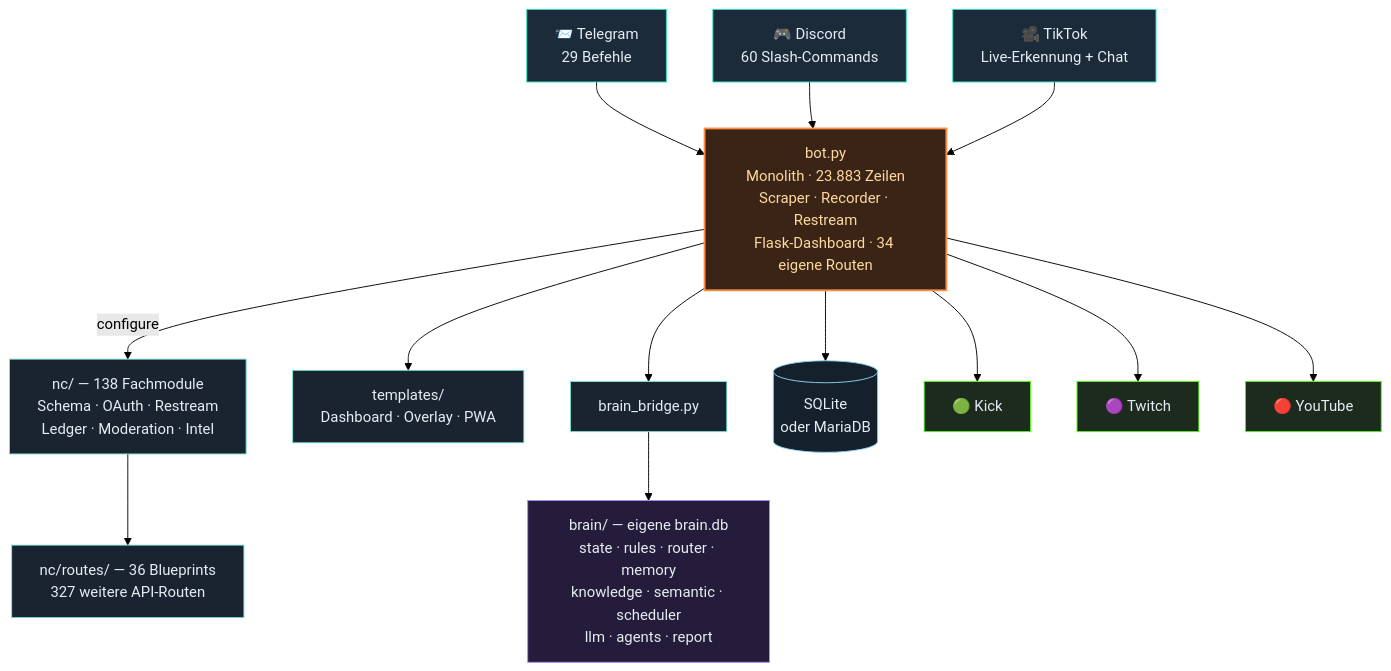
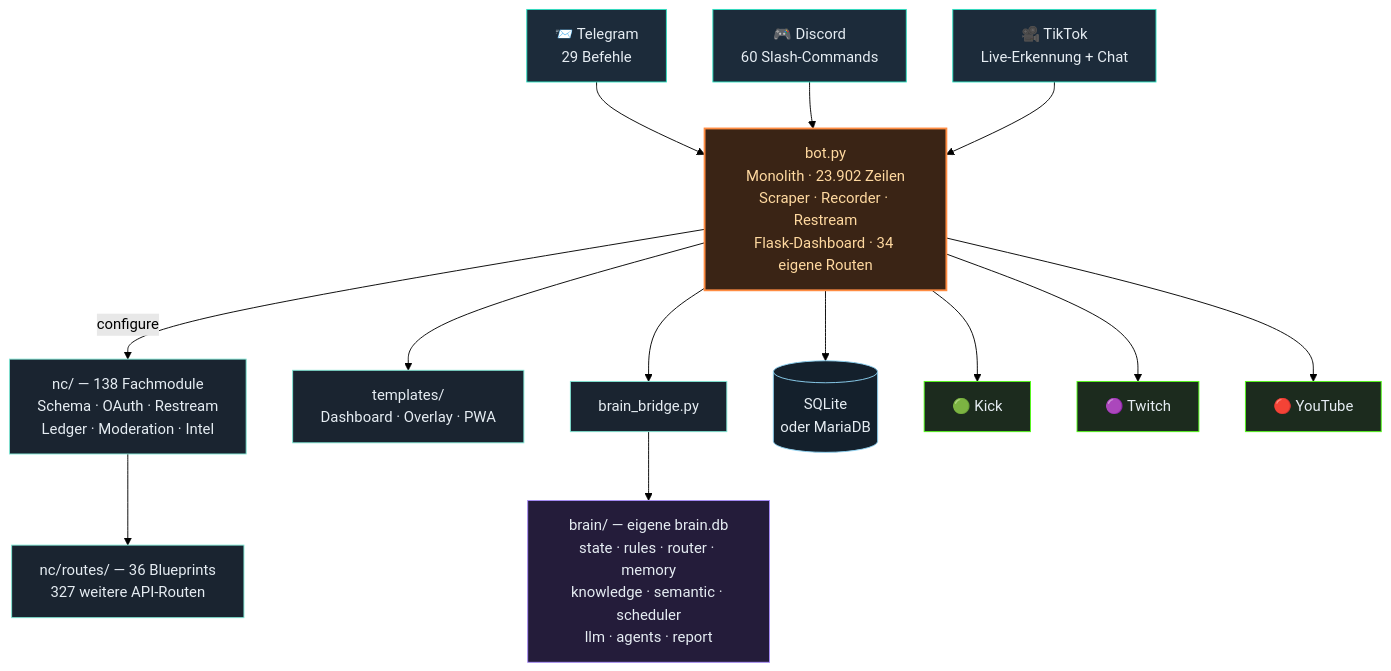
One commit to itsamemedev/Telegram-Stream-Info-Bot changed the third of 4 diagrams in README.md. Above: the diagram before and after it, drawn with Mermaid (forest theme). The commit also changed other lines of this file and 7 other files, not shown here.

````diff
--- a/README.md
+++ b/README.md
@@ -189,30 +189,30 @@
 ```mermaid
 flowchart TB
     TG["📨 Telegram<br/>29 Befehle"]:::ein
     DC["🎮 Discord<br/>60 Slash-Commands"]:::ein
     TT["🎥 TikTok<br/>Live-Erkennung + Chat"]:::ein
 
     TG --> BOT
     DC --> BOT
     TT --> BOT
 
-    BOT["bot.py<br/>Monolith · 23.883 Zeilen<br/>Scraper · Recorder · Restream<br/>Flask-Dashboard · 34 eigene Routen"]:::core
+    BOT["bot.py<br/>Monolith · 23.902 Zeilen<br/>Scraper · Recorder · Restream<br/>Flask-Dashboard · 34 eigene Routen"]:::core
 
     BOT -->|configure| NC["nc/ — 138 Fachmodule<br/>Schema · OAuth · Restream<br/>Ledger · Moderation · Intel"]:::lib
     NC --> RT["nc/routes/ — 36 Blueprints<br/>327 weitere API-Routen"]:::lib
     BOT --> TPL["templates/<br/>Dashboard · Overlay · PWA"]:::lib
     BOT --> BR["brain_bridge.py"]:::lib
     BR --> BRAIN["brain/ — eigene brain.db<br/>state · rules · router · memory<br/>knowledge · semantic · scheduler<br/>llm · agents · report"]:::brain
     BOT --> DB[("SQLite<br/>oder MariaDB")]:::db
 
     BOT --> KICK["🟢 Kick"]:::out
     BOT --> TW["🟣 Twitch"]:::out
     BOT --> YT["🔴 YouTube"]:::out
 
     classDef ein fill:#1c2b3a,stroke:#2de1c2,color:#e6edf3
     classDef core fill:#3a2415,stroke:#ff8c42,stroke-width:2px,color:#ffd9a0
     classDef lib fill:#1a2430,stroke:#7fe7d4,color:#e6edf3
     classDef brain fill:#241c3a,stroke:#a78bfa,color:#e6edf3
     classDef db fill:#14202c,stroke:#8fd3f4,color:#e6edf3
     classDef out fill:#1c2b1e,stroke:#53fc18,color:#e6edf3
 ```
````
